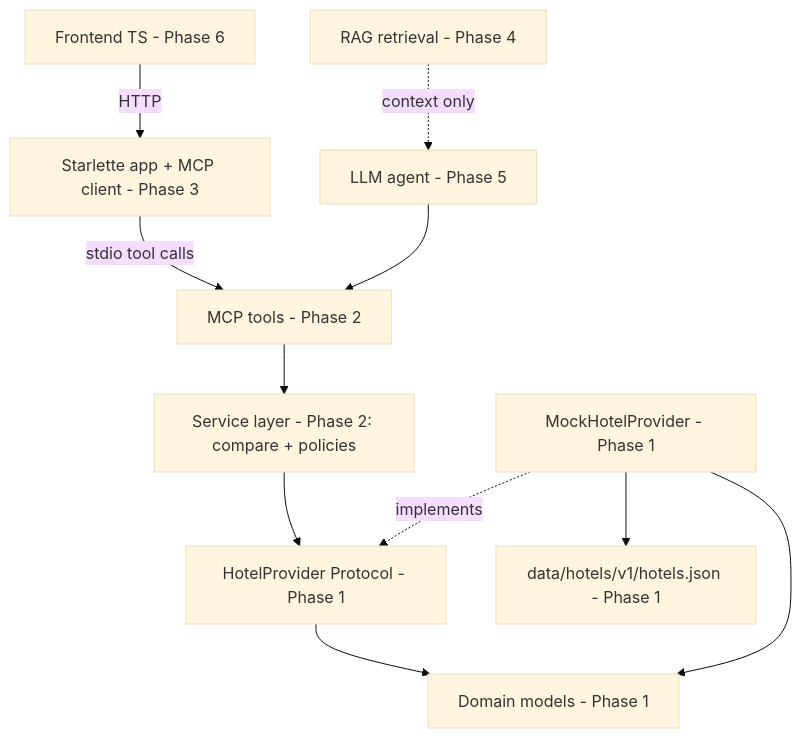
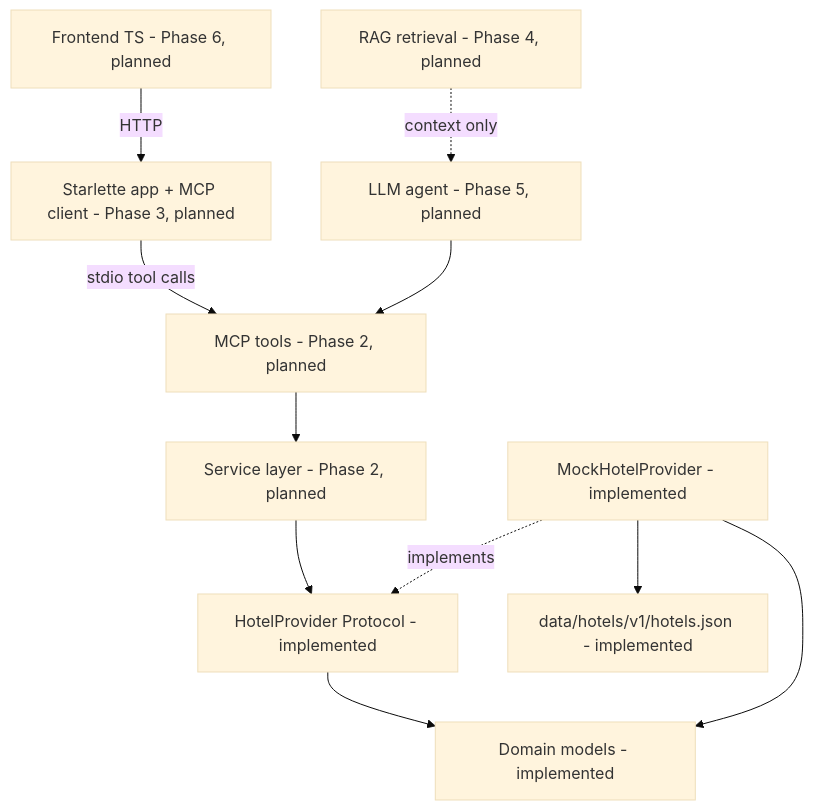
One commit to aklid01/staysmart-ai changed the diagram in docs/ARCHITECTURE.md. Above: the diagram before and after it, drawn with Mermaid (base theme). The commit also changed other lines of this file and 2 other files, not shown here.

Commit message:
docs: document implemented provider behavior and Phase 1 setup

````diff
--- a/docs/ARCHITECTURE.md
+++ b/docs/ARCHITECTURE.md
@@ -21,13 +21,13 @@
 ```mermaid
 flowchart TD
-  FE["Frontend TS - Phase 6"] -->|HTTP| APP["Starlette app + MCP client - Phase 3"]
-  APP -->|"stdio tool calls"| TOOLS["MCP tools - Phase 2"]
-  AGENT["LLM agent - Phase 5"] --> TOOLS
-  RAG["RAG retrieval - Phase 4"] -.->|"context only"| AGENT
-  TOOLS --> SVC["Service layer - Phase 2: compare + policies"]
-  SVC --> PROTO["HotelProvider Protocol - Phase 1"]
-  MOCK["MockHotelProvider - Phase 1"] -.->|implements| PROTO
-  MOCK --> DATA["data/hotels/v1/hotels.json - Phase 1"]
-  PROTO --> MODELS["Domain models - Phase 1"]
+  FE["Frontend TS - Phase 6, planned"] -->|HTTP| APP["Starlette app + MCP client - Phase 3, planned"]
+  APP -->|"stdio tool calls"| TOOLS["MCP tools - Phase 2, planned"]
+  AGENT["LLM agent - Phase 5, planned"] --> TOOLS
+  RAG["RAG retrieval - Phase 4, planned"] -.->|"context only"| AGENT
+  TOOLS --> SVC["Service layer - Phase 2, planned"]
+  SVC --> PROTO["HotelProvider Protocol - implemented"]
+  MOCK["MockHotelProvider - implemented"] -.->|implements| PROTO
+  MOCK --> DATA["data/hotels/v1/hotels.json - implemented"]
+  PROTO --> MODELS["Domain models - implemented"]
   MOCK --> MODELS
 ```
````
